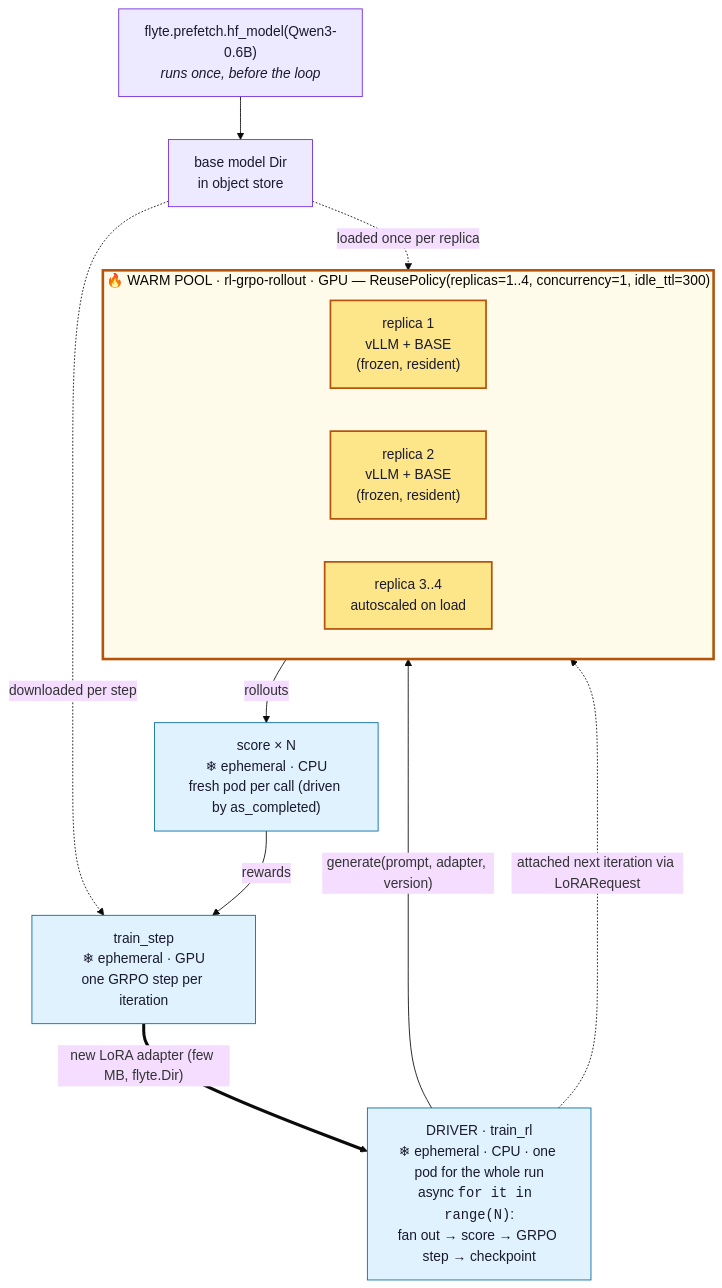
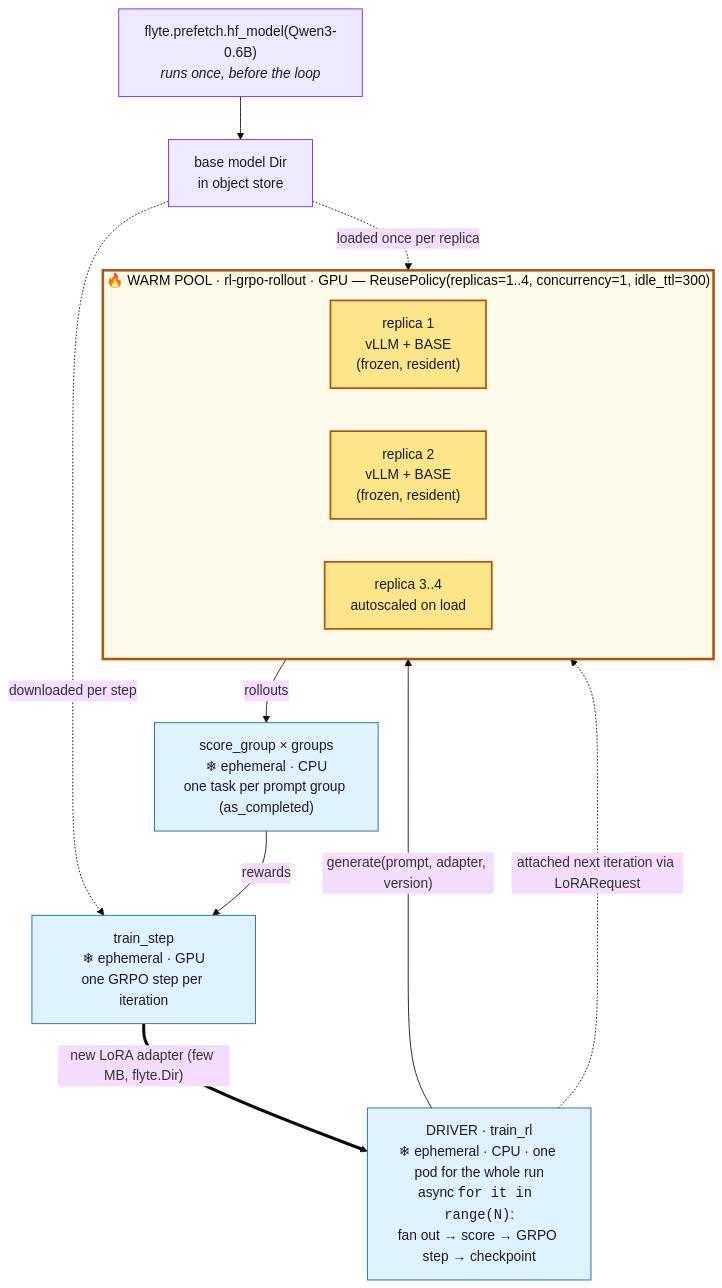
Before and after one commit to unionai/unionai-examples: the diagram in v2/tutorials/rl_grpo_lora/README.md, drawn with Mermaid (base theme). The commit also changed other lines of this file and 1 other file, not shown here.

````diff
--- a/v2/tutorials/rl_grpo_lora/README.md
+++ b/v2/tutorials/rl_grpo_lora/README.md
@@ -149,33 +155,33 @@
 ```mermaid
 flowchart TB
     P["flyte.prefetch.hf_model(Qwen3-0.6B)<br/><i>runs once, before the loop</i>"] --> B["base model Dir<br/>in object store"]
 
     D["DRIVER · train_rl<br/>❄ ephemeral · CPU · one pod for the whole run<br/>async <code>for it in range(N)</code>:<br/>fan out → score → GRPO step → checkpoint"]
 
     subgraph POOL["🔥 WARM POOL · rl-grpo-rollout · GPU — ReusePolicy(replicas=1..4, concurrency=1, idle_ttl=300)"]
       direction LR
       R1["replica 1<br/>vLLM + BASE<br/>(frozen, resident)"]
       R2["replica 2<br/>vLLM + BASE<br/>(frozen, resident)"]
       R3["replica 3..4<br/>autoscaled on load"]
     end
 
-    S["score × N<br/>❄ ephemeral · CPU<br/>fresh pod per call (driven by as_completed)"]
+    S["score_group × groups<br/>❄ ephemeral · CPU<br/>one task per prompt group (as_completed)"]
     T["train_step<br/>❄ ephemeral · GPU<br/>one GRPO step per iteration"]
 
     D -- "generate(prompt, adapter, version)" --> POOL
     POOL -- "rollouts" --> S
     S -- "rewards" --> T
     T == "new LoRA adapter (few MB, flyte.Dir)" ==> D
     D -. "attached next iteration via LoRARequest" .-> POOL
 
     B -. "loaded once per replica" .-> POOL
     B -. "downloaded per step" .-> T
 
     classDef warm fill:#fde68a,stroke:#b45309,stroke-width:2px,color:#1a1a2e;
     classDef ephem fill:#e0f2fe,stroke:#0369a1,color:#1a1a2e;
     classDef store fill:#ede9fe,stroke:#6d28d9,color:#1a1a2e;
     class R1,R2,R3 warm;
     class D,S,T ephem;
     class P,B store;
     style POOL fill:#fffbeb,stroke:#b45309,stroke-width:3px;
 ```
````
